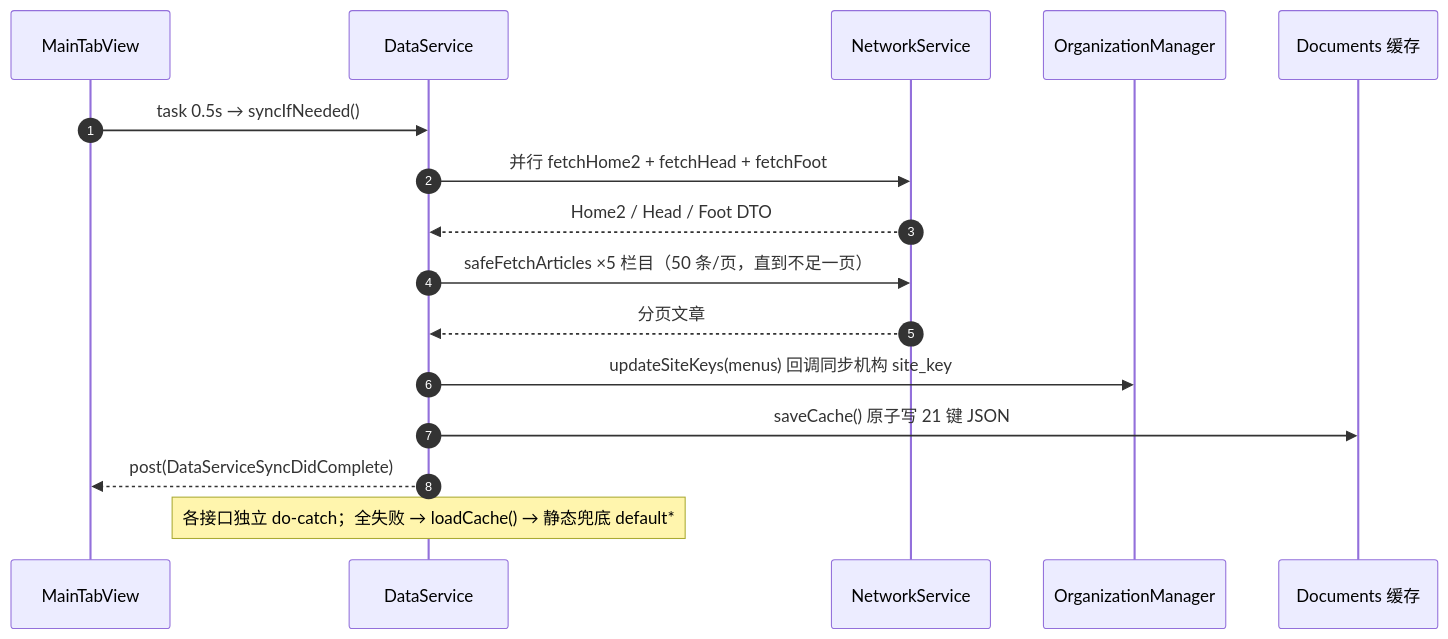
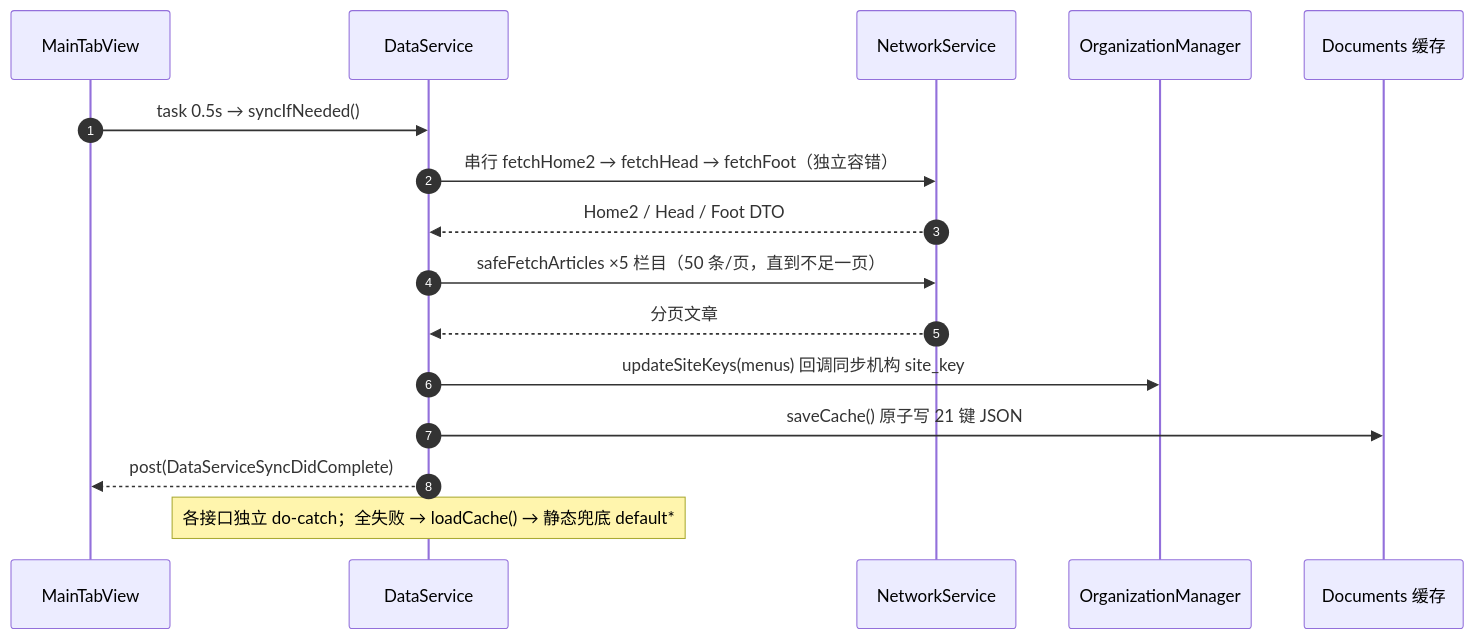
One commit to kkkh/demo changed the third of 5 diagrams in qin/docs/code-wiki/01-项目整体架构.md. Above: the diagram before and after it, drawn with Mermaid. The commit also changed other lines of this file and 7 other files, not shown here.

````diff
--- a/qin/docs/code-wiki/01-项目整体架构.md
+++ b/qin/docs/code-wiki/01-项目整体架构.md
@@ -335,18 +335,18 @@
 ```mermaid
 sequenceDiagram
     autonumber
     participant Main as MainTabView
     participant DS as DataService
     participant NS as NetworkService
     participant OM as OrganizationManager
     participant Disk as Documents 缓存
     Main->>DS: task 0.5s → syncIfNeeded()
-    DS->>NS: 并行 fetchHome2 + fetchHead + fetchFoot
+    DS->>NS: 串行 fetchHome2 → fetchHead → fetchFoot（独立容错）
     NS-->>DS: Home2 / Head / Foot DTO
     DS->>NS: safeFetchArticles ×5 栏目（50 条/页，直到不足一页）
     NS-->>DS: 分页文章
     DS->>OM: updateSiteKeys(menus) 回调同步机构 site_key
     DS->>Disk: saveCache() 原子写 21 键 JSON
     DS-->>Main: post(DataServiceSyncDidComplete)
     Note over DS: 各接口独立 do-catch；全失败 → loadCache() → 静态兜底 default*
 ```
````
